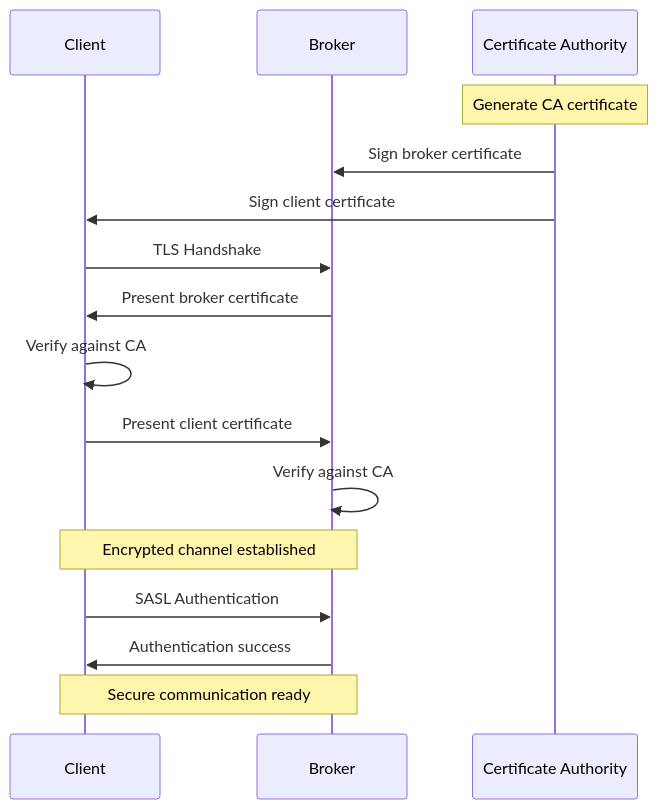
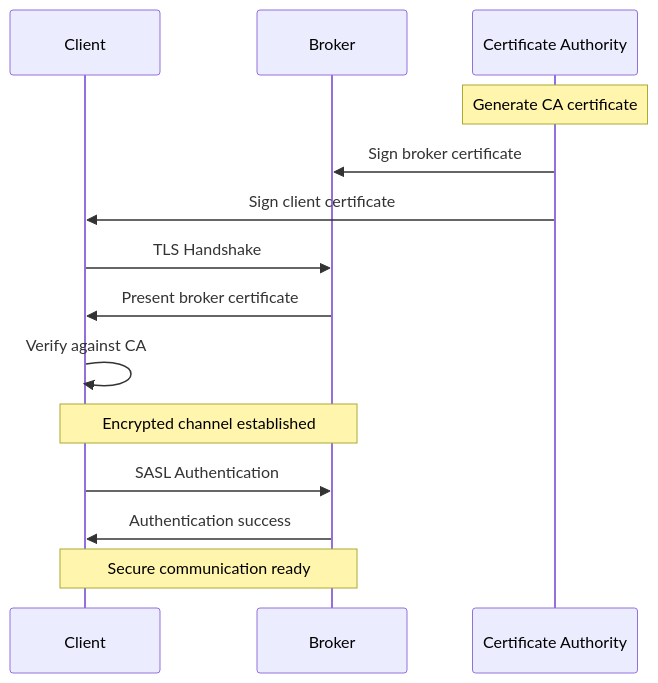
One commit to OneUptime/blog changed the third of 5 diagrams in posts/2026-01-26-kafka-production-setup/README.md. Above: the diagram before and after it, drawn with Mermaid. The commit also changed other lines of this file and 2 other files, not shown here.

````diff
--- a/posts/2026-01-26-kafka-production-setup/README.md
+++ b/posts/2026-01-26-kafka-production-setup/README.md
@@ -319,21 +326,19 @@
 ```mermaid
 sequenceDiagram
     participant Client
     participant Broker
     participant CA as Certificate Authority
 
     Note over CA: Generate CA certificate
     CA->>Broker: Sign broker certificate
     CA->>Client: Sign client certificate
 
     Client->>Broker: TLS Handshake
     Broker->>Client: Present broker certificate
     Client->>Client: Verify against CA
-    Client->>Broker: Present client certificate
-    Broker->>Broker: Verify against CA
     Note over Client,Broker: Encrypted channel established
 
     Client->>Broker: SASL Authentication
     Broker->>Client: Authentication success
     Note over Client,Broker: Secure communication ready
 ```
````
